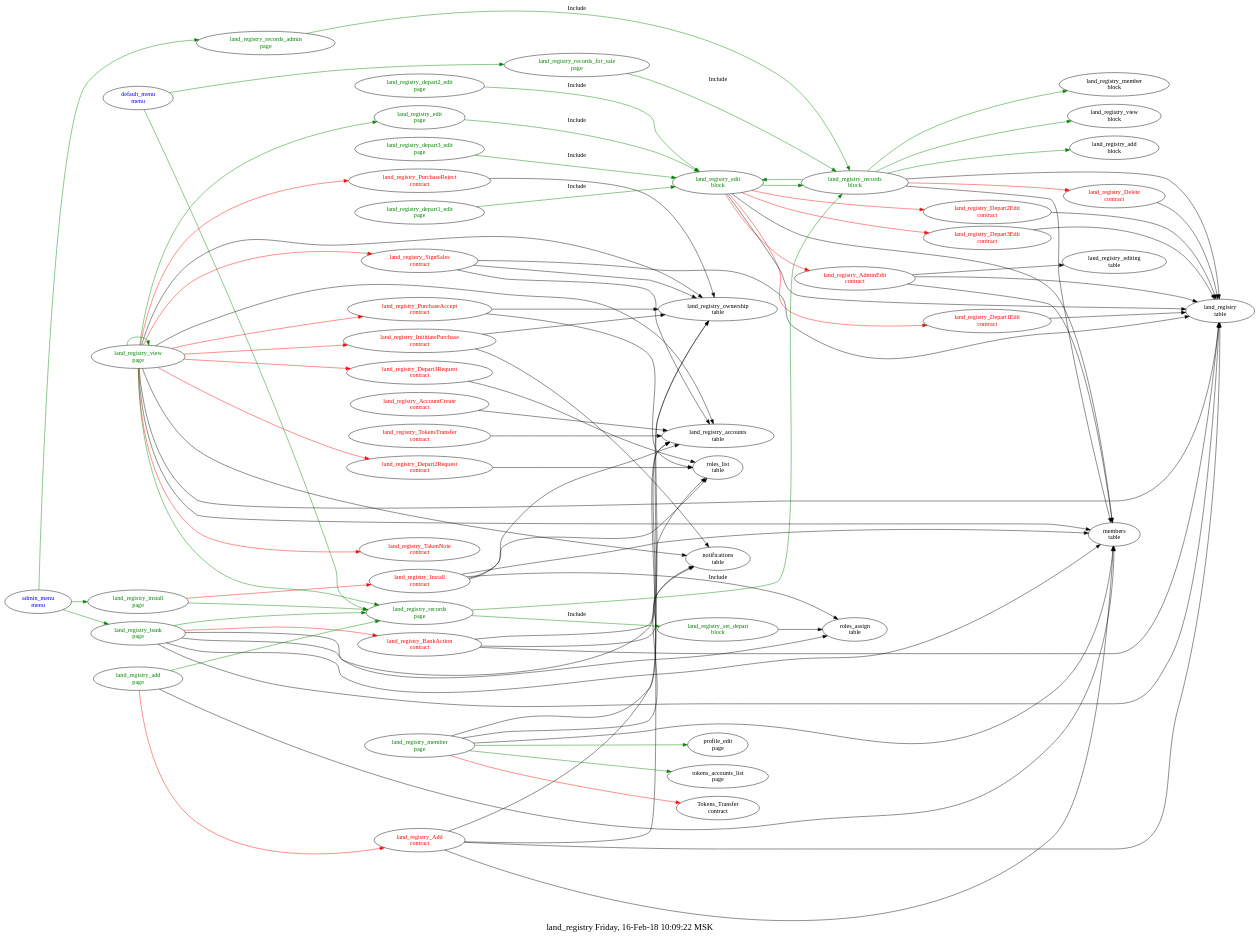
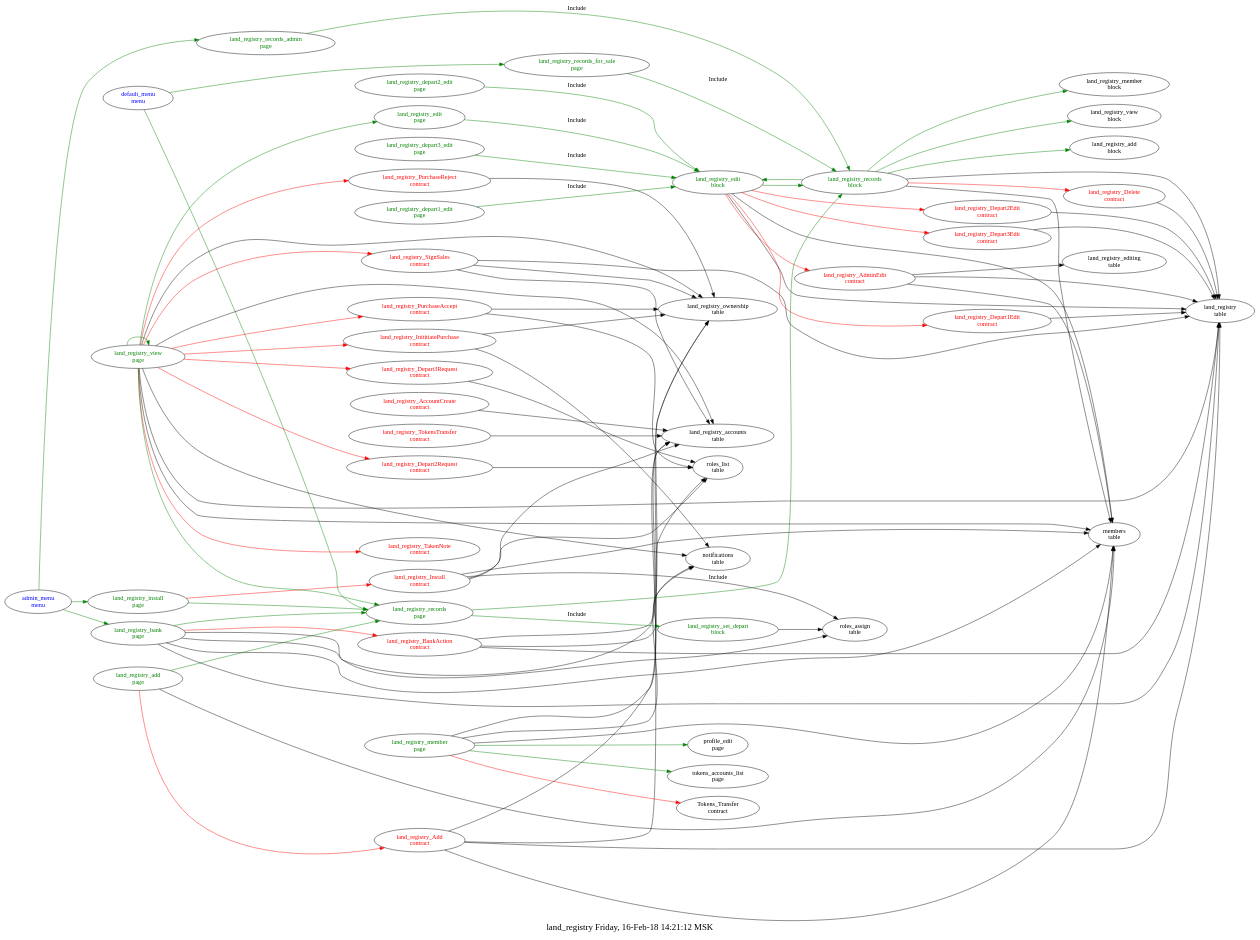
Before and after one commit to AplaProject/apps: the diagram in src/land_registry/struct.dot, drawn with Graphviz. The commit also changed 3 other files, not shown here.

```diff
--- a/src/land_registry/struct.dot
+++ b/src/land_registry/struct.dot
@@ -1,129 +1,129 @@
 digraph G {
 fontsize="20.0";
-label="land_registry Friday, 16-Feb-18 10:09:22 MSK";
+label="land_registry Friday, 16-Feb-18 14:21:12 MSK";
 rankdir=LR;
 "land_registry_edit\nblock" -> "land_registry_Depart1Edit\ncontract"  [ color=red ]
 "land_registry_edit\nblock" -> "land_registry_Depart2Edit\ncontract"  [ color=red ]
 "land_registry_edit\nblock" -> "land_registry_Depart3Edit\ncontract"  [ color=red ]
 "land_registry_edit\nblock" -> "land_registry_AdminEdit\ncontract"  [ color=red ]
 "land_registry_edit\nblock" -> "land_registry\ntable"
 "land_registry_edit\nblock" -> "members\ntable"
 "land_registry_edit\nblock" -> "land_registry_records\nblock"  [ color=green ]
 "land_registry_edit\nblock" [fontcolor=green, group=blocks];
 "land_registry_records\nblock" -> "land_registry_Delete\ncontract"  [ color=red ]
 "land_registry_records\nblock" -> "land_registry\ntable"
 "land_registry_records\nblock" -> "members\ntable"
 "land_registry_records\nblock" -> "land_registry_member\nblock"  [ color=green ]
 "land_registry_records\nblock" -> "land_registry_view\nblock"  [ color=green ]
 "land_registry_records\nblock" -> "land_registry_edit\nblock"  [ color=green ]
 "land_registry_records\nblock" -> "land_registry_add\nblock"  [ color=green ]
 "land_registry_records\nblock" [fontcolor=green, group=blocks];
 "land_registry_set_depart\nblock" -> "roles_assign\ntable"
 "land_registry_set_depart\nblock" [fontcolor=green, group=blocks];
 "land_registry_AccountCreate\ncontract" -> "land_registry_accounts\ntable"
 "land_registry_AccountCreate\ncontract" [fontcolor=red, group=contracts];
 "land_registry_Add\ncontract" -> "members\ntable"
 "land_registry_Add\ncontract" -> "roles_list\ntable"
 "land_registry_Add\ncontract" -> "land_registry\ntable"
 "land_registry_Add\ncontract" -> "land_registry_ownership\ntable"
 "land_registry_Add\ncontract" [fontcolor=red, group=contracts];
 "land_registry_AdminEdit\ncontract" -> "land_registry\ntable"
 "land_registry_AdminEdit\ncontract" -> "members\ntable"
 "land_registry_AdminEdit\ncontract" -> "land_registry_editing\ntable"
 "land_registry_AdminEdit\ncontract" [fontcolor=red, group=contracts];
 "land_registry_BankAction\ncontract" -> "notifications\ntable"
 "land_registry_BankAction\ncontract" -> "land_registry\ntable"
 "land_registry_BankAction\ncontract" -> "land_registry_accounts\ntable"
 "land_registry_BankAction\ncontract" [fontcolor=red, group=contracts];
 "land_registry_Delete\ncontract" -> "land_registry\ntable"
 "land_registry_Delete\ncontract" [fontcolor=red, group=contracts];
 "land_registry_Depart1Edit\ncontract" -> "land_registry\ntable"
 "land_registry_Depart1Edit\ncontract" [fontcolor=red, group=contracts];
 "land_registry_Depart2Edit\ncontract" -> "land_registry\ntable"
 "land_registry_Depart2Edit\ncontract" [fontcolor=red, group=contracts];
 "land_registry_Depart2Request\ncontract" -> "roles_list\ntable"
 "land_registry_Depart2Request\ncontract" [fontcolor=red, group=contracts];
 "land_registry_Depart3Edit\ncontract" -> "land_registry\ntable"
 "land_registry_Depart3Edit\ncontract" [fontcolor=red, group=contracts];
 "land_registry_Depart3Request\ncontract" -> "roles_list\ntable"
 "land_registry_Depart3Request\ncontract" [fontcolor=red, group=contracts];
 "land_registry_InititiatePurchase\ncontract" -> "land_registry_ownership\ntable"
 "land_registry_InititiatePurchase\ncontract" -> "notifications\ntable"
 "land_registry_InititiatePurchase\ncontract" [fontcolor=red, group=contracts];
 "land_registry_Install\ncontract" -> "members\ntable"
 "land_registry_Install\ncontract" -> "land_registry_accounts\ntable"
 "land_registry_Install\ncontract" -> "roles_list\ntable"
 "land_registry_Install\ncontract" -> "roles_assign\ntable"
 "land_registry_Install\ncontract" [fontcolor=red, group=contracts];
 "land_registry_PurchaseAccept\ncontract" -> "roles_list\ntable"
 "land_registry_PurchaseAccept\ncontract" -> "land_registry_ownership\ntable"
 "land_registry_PurchaseAccept\ncontract" [fontcolor=red, group=contracts];
 "land_registry_PurchaseReject\ncontract" -> "land_registry_ownership\ntable"
 "land_registry_PurchaseReject\ncontract" [fontcolor=red, group=contracts];
 "land_registry_SignSales\ncontract" -> "land_registry_ownership\ntable"
 "land_registry_SignSales\ncontract" -> "land_registry\ntable"
 "land_registry_SignSales\ncontract" -> "land_registry_accounts\ntable"
 "land_registry_SignSales\ncontract" [fontcolor=red, group=contracts];
 "land_registry_TakenNote\ncontract" [fontcolor=red, group=contracts];
 "land_registry_TokensTransfer\ncontract" -> "land_registry_accounts\ntable"
 "land_registry_TokensTransfer\ncontract" [fontcolor=red, group=contracts];
 "admin_menu\nmenu" -> "land_registry_records_admin\npage"  [ color=green ]
 "admin_menu\nmenu" -> "land_registry_bank\npage"  [ color=green ]
 "admin_menu\nmenu" -> "land_registry_install\npage"  [ color=green ]
 "admin_menu\nmenu" [fontcolor=blue, group=menus];
 "default_menu\nmenu" -> "land_registry_records\npage"  [ color=green ]
 "default_menu\nmenu" -> "land_registry_records_for_sale\npage"  [ color=green ]
 "default_menu\nmenu" [fontcolor=blue, group=menus];
 "land_registry_add\npage" -> "land_registry_Add\ncontract"  [ color=red ]
 "land_registry_add\npage" -> "members\ntable"
 "land_registry_add\npage" -> "land_registry_records\npage"  [ color=green ]
 "land_registry_add\npage" [fontcolor=green, group=pages];
 "land_registry_bank\npage" -> "land_registry_BankAction\ncontract"  [ color=red ]
 "land_registry_bank\npage" -> "land_registry_ownership\ntable"
 "land_registry_bank\npage" -> "land_registry\ntable"
 "land_registry_bank\npage" -> "roles_assign\ntable"
 "land_registry_bank\npage" -> "members\ntable"
 "land_registry_bank\npage" -> "land_registry_records\npage"  [ color=green ]
 "land_registry_bank\npage" [fontcolor=green, group=pages];
 "land_registry_depart1_edit\npage" -> "land_registry_edit\nblock"  [ color=green, label=Include ]
 "land_registry_depart1_edit\npage" [fontcolor=green, group=pages];
 "land_registry_depart2_edit\npage" -> "land_registry_edit\nblock"  [ color=green, label=Include ]
 "land_registry_depart2_edit\npage" [fontcolor=green, group=pages];
 "land_registry_depart3_edit\npage" -> "land_registry_edit\nblock"  [ color=green, label=Include ]
 "land_registry_depart3_edit\npage" [fontcolor=green, group=pages];
 "land_registry_edit\npage" -> "land_registry_edit\nblock"  [ color=green, label=Include ]
 "land_registry_edit\npage" [fontcolor=green, group=pages];
 "land_registry_install\npage" -> "land_registry_Install\ncontract"  [ color=red ]
 "land_registry_install\npage" -> "land_registry_records\npage"  [ color=green ]
 "land_registry_install\npage" [fontcolor=green, group=pages];
 "land_registry_member\npage" -> "Tokens_Transfer\ncontract"  [ color=red ]
 "land_registry_member\npage" -> "members\ntable"
 "land_registry_member\npage" -> "notifications\ntable"
 "land_registry_member\npage" -> "land_registry_accounts\ntable"
 "land_registry_member\npage" -> "profile_edit\npage"  [ color=green ]
 "land_registry_member\npage" -> "tokens_accounts_list\npage"  [ color=green ]
 "land_registry_member\npage" [fontcolor=green, group=pages];
 "land_registry_records\npage" -> "land_registry_set_depart\nblock"  [ color=green, label=Include ]
 "land_registry_records\npage" -> "land_registry_records\nblock"  [ color=green, label=Include ]
 "land_registry_records\npage" [fontcolor=green, group=pages];
 "land_registry_records_admin\npage" -> "land_registry_records\nblock"  [ color=green, label=Include ]
 "land_registry_records_admin\npage" [fontcolor=green, group=pages];
 "land_registry_records_for_sale\npage" -> "land_registry_records\nblock"  [ color=green, label=Include ]
 "land_registry_records_for_sale\npage" [fontcolor=green, group=pages];
 "land_registry_view\npage" -> "land_registry_Depart2Request\ncontract"  [ color=red ]
 "land_registry_view\npage" -> "land_registry_Depart3Request\ncontract"  [ color=red ]
 "land_registry_view\npage" -> "land_registry_InititiatePurchase\ncontract"  [ color=red ]
 "land_registry_view\npage" -> "land_registry_PurchaseReject\ncontract"  [ color=red ]
 "land_registry_view\npage" -> "land_registry_PurchaseAccept\ncontract"  [ color=red ]
 "land_registry_view\npage" -> "land_registry_SignSales\ncontract"  [ color=red ]
 "land_registry_view\npage" -> "land_registry_TakenNote\ncontract"  [ color=red ]
 "land_registry_view\npage" -> "land_registry\ntable"
 "land_registry_view\npage" -> "land_registry_ownership\ntable"
 "land_registry_view\npage" -> "members\ntable"
 "land_registry_view\npage" -> "notifications\ntable"
 "land_registry_view\npage" -> "land_registry_accounts\ntable"
 "land_registry_view\npage" -> "land_registry_records\npage"  [ color=green ]
 "land_registry_view\npage" -> "land_registry_view\npage"  [ color=green ]
 "land_registry_view\npage" -> "land_registry_edit\npage"  [ color=green ]
 "land_registry_view\npage" [fontcolor=green, group=pages];
 }
```
